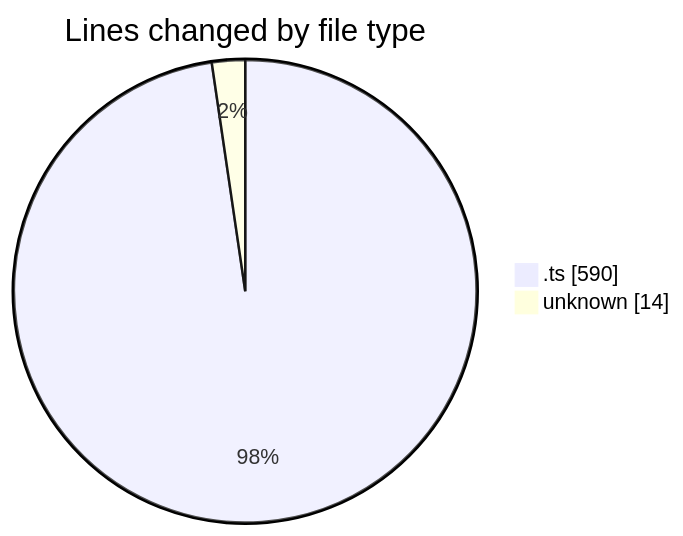
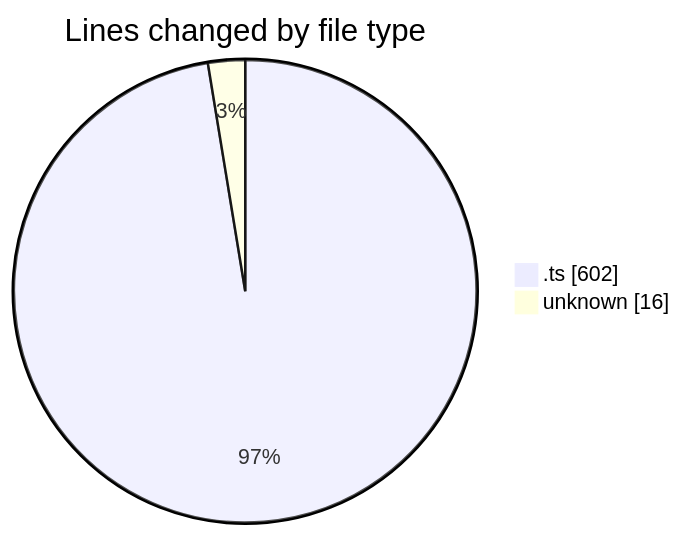
The first of 2 diagrams in 2026-02-06/singularitybrainai/README.md (tmsrecording-cyber/code-tracking), drawn with Mermaid before and after one commit. The commit also changed other lines of this file and 1 other file, not shown here.

````diff
--- a/2026-02-06/singularitybrainai/README.md
+++ b/2026-02-06/singularitybrainai/README.md
@@ -23,6 +23,6 @@
 ```mermaid
 pie showData
 title Lines changed by file type
-".ts" : 590
-"unknown" : 14
+".ts" : 602
+"unknown" : 16
 ```
````
